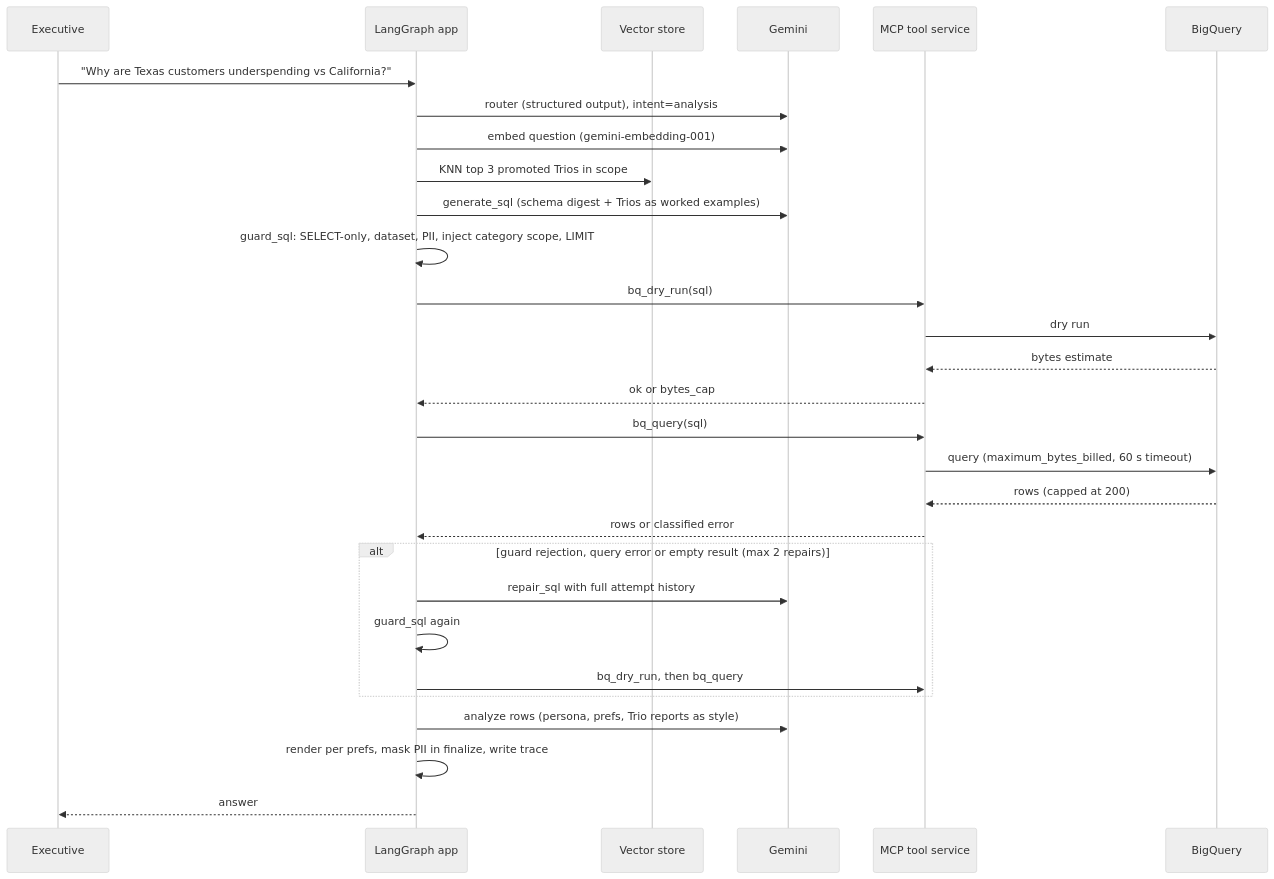
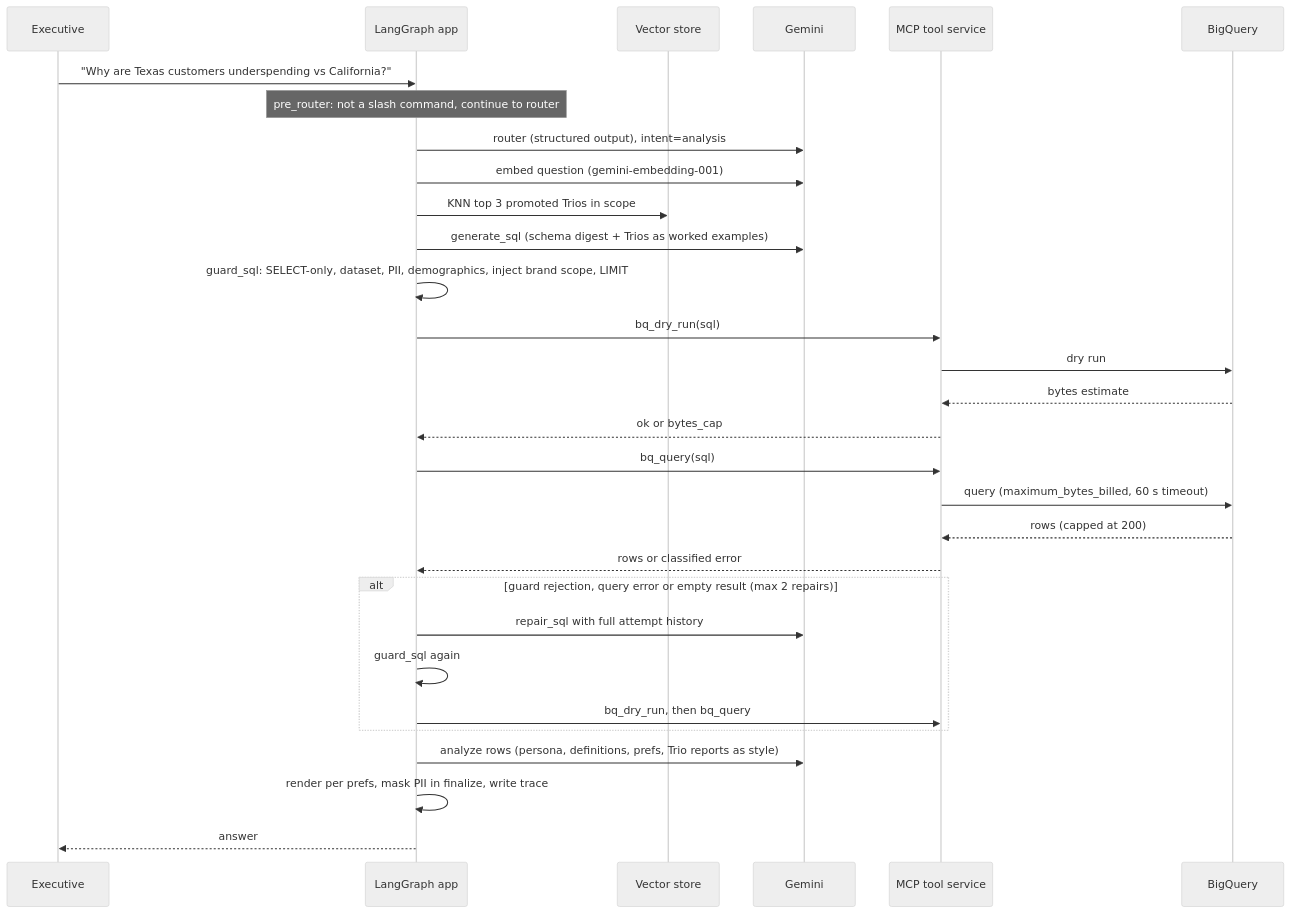
The second of 3 diagrams in docs/hld.md (LukaPavlovicGit/retail-insights-agent), drawn with Mermaid (neutral theme) before and after one commit. The commit also changed other lines of this file and 3 other files, not shown here.

Commit message:
Docs: client answers, brand scope, demographics rules, commands and ratings

````diff
--- a/docs/hld.md
+++ b/docs/hld.md
@@ -100,31 +105,32 @@
 ```mermaid
 sequenceDiagram
   participant U as Executive
   participant G as LangGraph app
   participant V as Vector store
   participant L as Gemini
   participant M as MCP tool service
   participant B as BigQuery
   U->>G: "Why are Texas customers underspending vs California?"
+  Note over G: pre_router: not a slash command, continue to router
   G->>L: router (structured output), intent=analysis
   G->>L: embed question (gemini-embedding-001)
   G->>V: KNN top 3 promoted Trios in scope
   G->>L: generate_sql (schema digest + Trios as worked examples)
-  G->>G: guard_sql: SELECT-only, dataset, PII, inject category scope, LIMIT
+  G->>G: guard_sql: SELECT-only, dataset, PII, demographics, inject brand scope, LIMIT
   G->>M: bq_dry_run(sql)
   M->>B: dry run
   B-->>M: bytes estimate
   M-->>G: ok or bytes_cap
   G->>M: bq_query(sql)
   M->>B: query (maximum_bytes_billed, 60 s timeout)
   B-->>M: rows (capped at 200)
   M-->>G: rows or classified error
   alt guard rejection, query error or empty result (max 2 repairs)
     G->>L: repair_sql with full attempt history
     G->>G: guard_sql again
     G->>M: bq_dry_run, then bq_query
   end
-  G->>L: analyze rows (persona, prefs, Trio reports as style)
+  G->>L: analyze rows (persona, definitions, prefs, Trio reports as style)
   G->>G: render per prefs, mask PII in finalize, write trace
   G-->>U: answer
 ```
````
